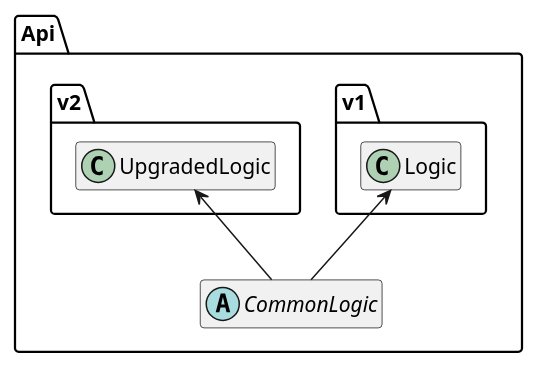
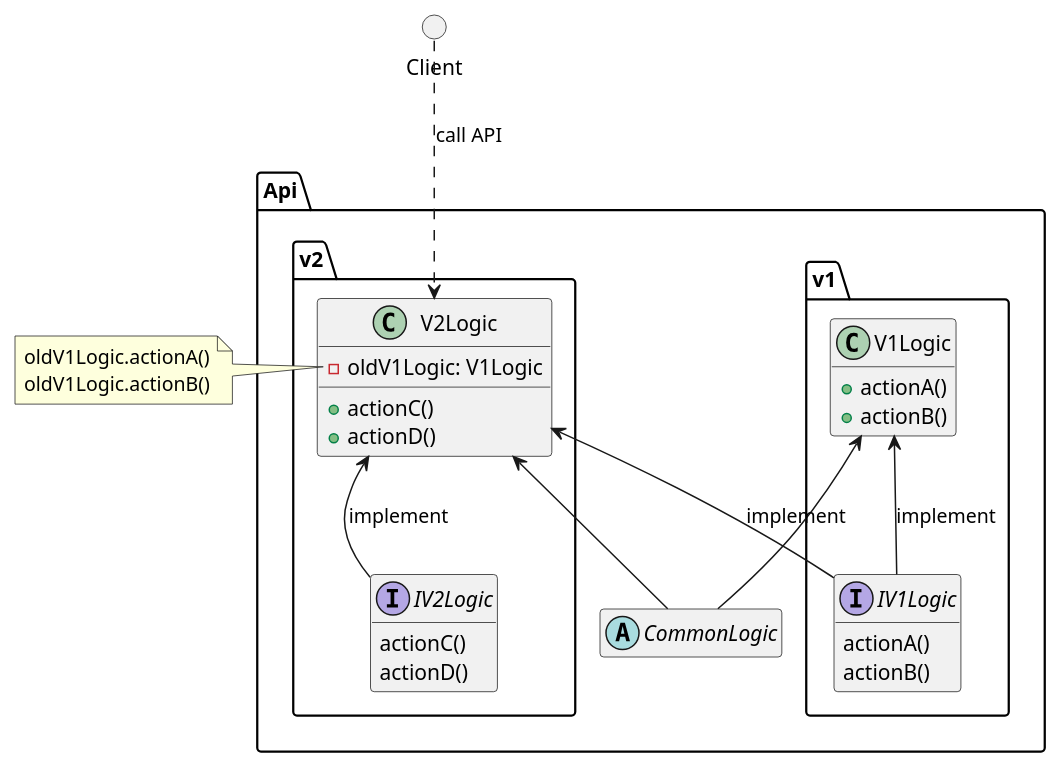
The diagram in justifications/ApiVersioning/ApiVersioningImplementation.puml (huntertran/concordia-thesis-topic), drawn with PlantUML before and after one commit. The commit also changed 3 other files, not shown here.

```diff
--- a/justifications/ApiVersioning/ApiVersioningImplementation.puml
+++ b/justifications/ApiVersioning/ApiVersioningImplementation.puml
@@ -1,20 +1,46 @@
 @startuml ApiVersioning
 
 hide empty members
+
+circle Client
 
 package Api {
     abstract class CommonLogic
 
     package v1 {
-        class Logic
+        interface IV1Logic {
+            actionA()
+            actionB()
+        }
+        class V1Logic{
+            +actionA()
+            +actionB()
+        }
     }
 
     package v2 {
-        class UpgradedLogic
+        interface IV2Logic {
+            actionC()
+            actionD()
+        }
+        class V2Logic {
+            -oldV1Logic: V1Logic
+            +actionC()
+            +actionD()
+        }
     }
 }
 
-Logic <-- CommonLogic
-UpgradedLogic <-- CommonLogic
+V1Logic <-- CommonLogic
+V1Logic <-- IV1Logic : implement
+V2Logic <-- CommonLogic
+V2Logic <-- IV2Logic : implement
+V2Logic <-- IV1Logic : implement
+
+Client ..> V2Logic : call API
+note left of V2Logic::oldV1Logic
+    oldV1Logic.actionA()
+    oldV1Logic.actionB()
+endnote
 
 @enduml
```
